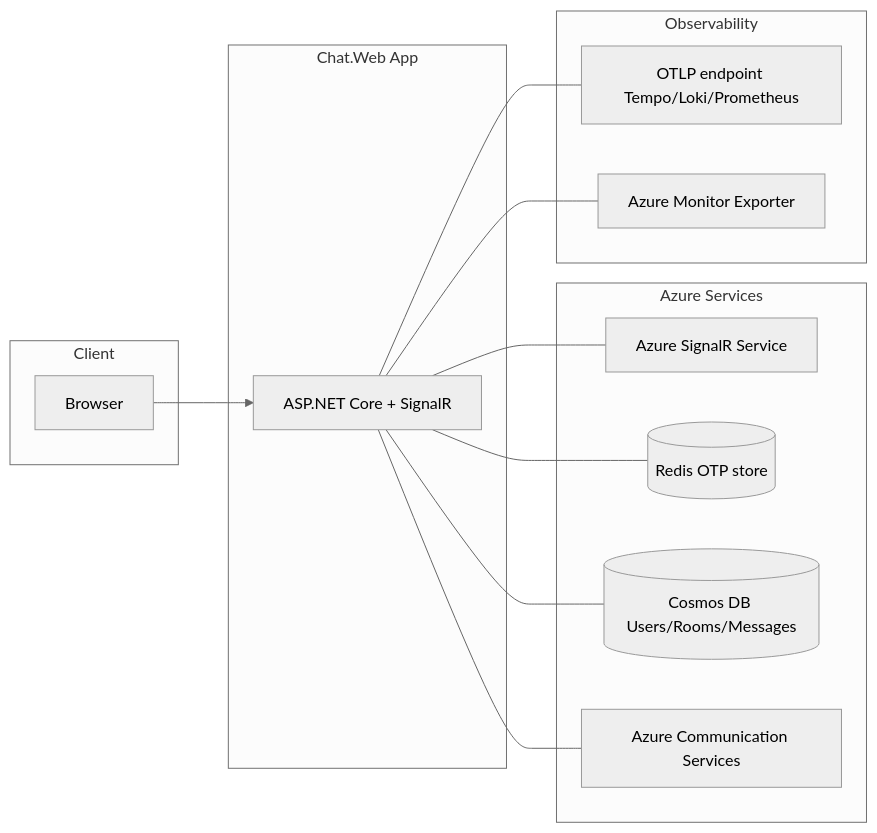
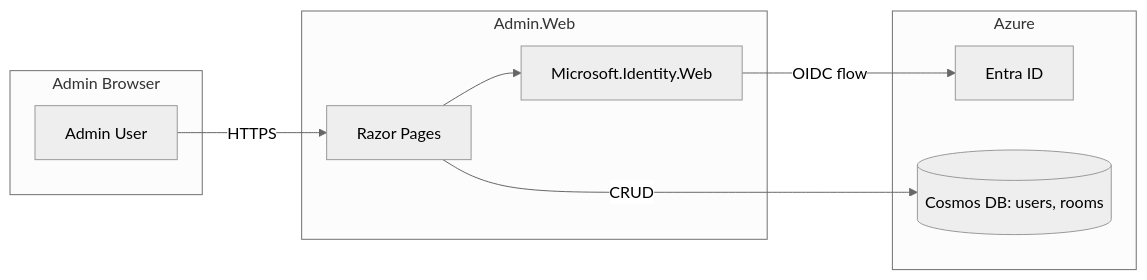
Before and after one commit to smereczynski/SignalR-Chat: the diagram in ARCHITECTURE.md, drawn with Mermaid (neutral theme). The commit also changed other lines of this file and 6 other files, not shown here.

Commit message:
feat(admin): finalize Admin.Web MVP (Entra ID UI, pages, styles); rewrite README/ARCHITECTURE for admin; add landing page

````diff
--- a/ARCHITECTURE.md
+++ b/ARCHITECTURE.md
@@ -11,27 +13,19 @@
 ```mermaid
 flowchart LR
-  subgraph Client
-    B[Browser]
+  subgraph Admin Browser
+    B[Admin User]
   end
-  subgraph App[Chat.Web App]
-    W[ASP.NET Core + SignalR]
+  subgraph App[Admin.Web]
+    RZ[Razor Pages]
+    OIDC[Microsoft.Identity.Web]
   end
-  subgraph Azure[Azure Services]
-    AS[Azure SignalR Service]
-    R[(Redis OTP store)]
-    C[(Cosmos DB Users/Rooms/Messages)]
-    ACS[Azure Communication Services]
-  end
-  subgraph Observability
-    OTLP[OTLP endpoint Tempo/Loki/Prometheus]
-    AM[Azure Monitor Exporter]
+  subgraph Azure
+    AAD[Entra ID]
+    C[(Cosmos DB: users, rooms)]
   end
 
-  B --> W
-  W --- AS
-  W --- R
-  W --- C
-  W --- ACS
-  W --- OTLP
-  W --- AM
+  B -->|HTTPS| RZ
+  RZ --> OIDC
+  OIDC -->|OIDC flow| AAD
+  RZ -->|CRUD| C
 ```
````
